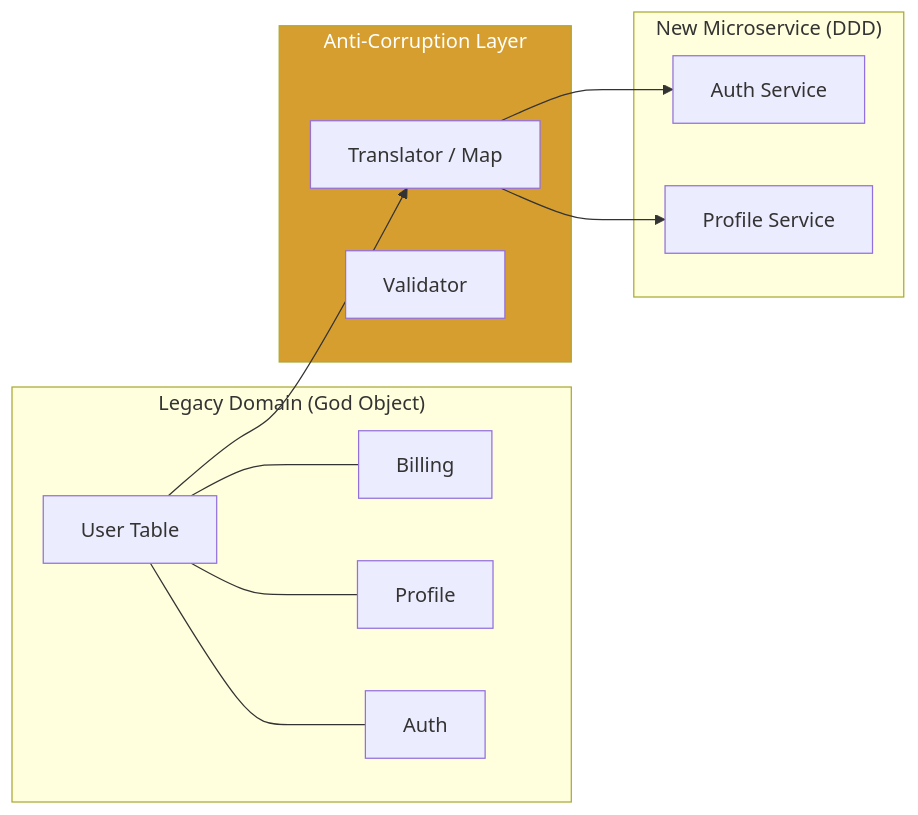
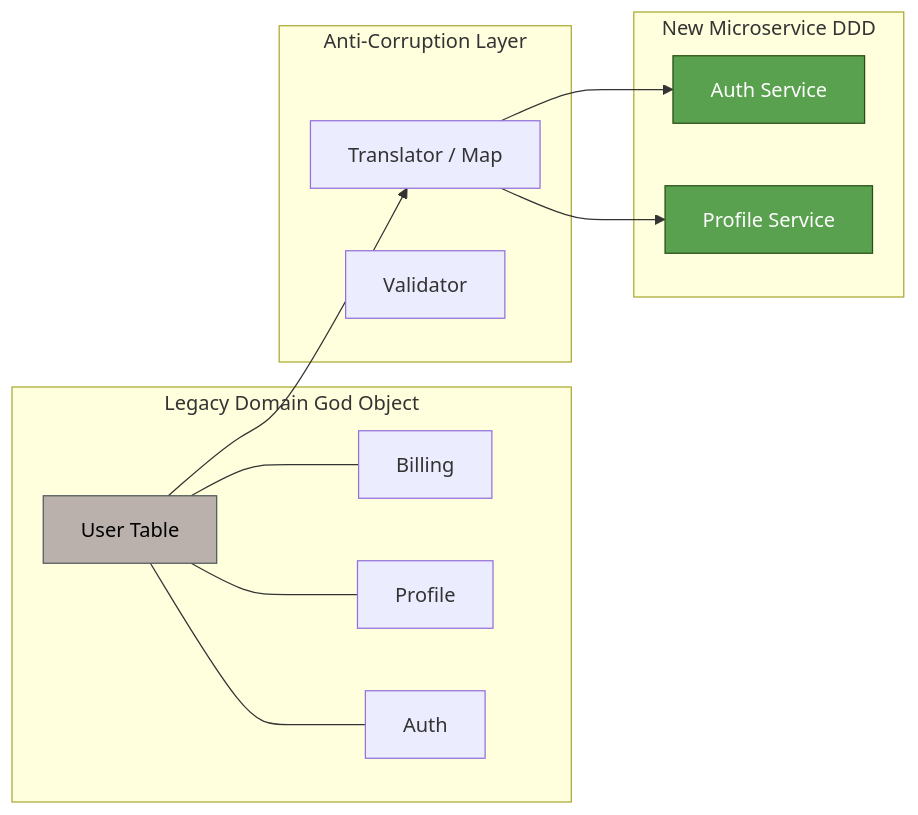
The fourth of 7 diagrams in src/app/[locale]/research/papers/a5-monolith-to-cloud-native-modernization/A5-PAPER-FULL.md (gchaitanyabharath9/omnigcloud), drawn with Mermaid before and after one commit. The commit also changed other lines of this file and 40 other files, not shown here.

````diff
--- a/src/app/[locale]/research/papers/a5-monolith-to-cloud-native-modernization/A5-PAPER-FULL.md
+++ b/src/app/[locale]/research/papers/a5-monolith-to-cloud-native-modernization/A5-PAPER-FULL.md
@@ -379,25 +428,30 @@
 ```mermaid
 graph LR
-    subgraph Legacy ["Legacy Domain (God Object)"]
-        U[User Table]
-        U --- B[Billing]
-        U --- P[Profile]
-        U --- A[Auth]
+    classDef Control fill:#4E79A7,stroke:#2C3E50,color:#fff;
+    classDef Data fill:#59A14F,stroke:#274E13,color:#fff;
+    classDef Policy fill:#9C6ADE,stroke:#4B0082,color:#fff;
+    classDef Obs fill:#F28E2B,stroke:#8B4513,color:#fff;
+    classDef Risk fill:#E15759,stroke:#7B241C,color:#fff;
+    classDef State fill:#76B7B2,stroke:#0E6251,color:#fff;
+    classDef Actor fill:#BAB0AC,stroke:#515A5A,color:#000;
+    subgraph Legacy ["Legacy Domain God Object"]
+    U["User Table"]
+    U --- B["Billing"]
+    U --- P["Profile"]
+    U --- A["Auth"]
     end
-
     subgraph ACL ["Anti-Corruption Layer"]
-        T[Translator / Map]
-        V[Validator]
+    T["Translator / Map"]
+    V["Validator"]
     end
-
-    subgraph Micro ["New Microservice (DDD)"]
-        S1[Auth Service]
-        S2[Profile Service]
+    subgraph Micro ["New Microservice DDD"]
+    S1["Auth Service"]
+    S2["Profile Service"]
     end
-
     U --> T
     T --> S1
     T --> S2
-
-    style ACL fill:#d69e2e,color:white
+    class U Actor;
+    class S1 Data;
+    class S2 Data;
 ```
````
